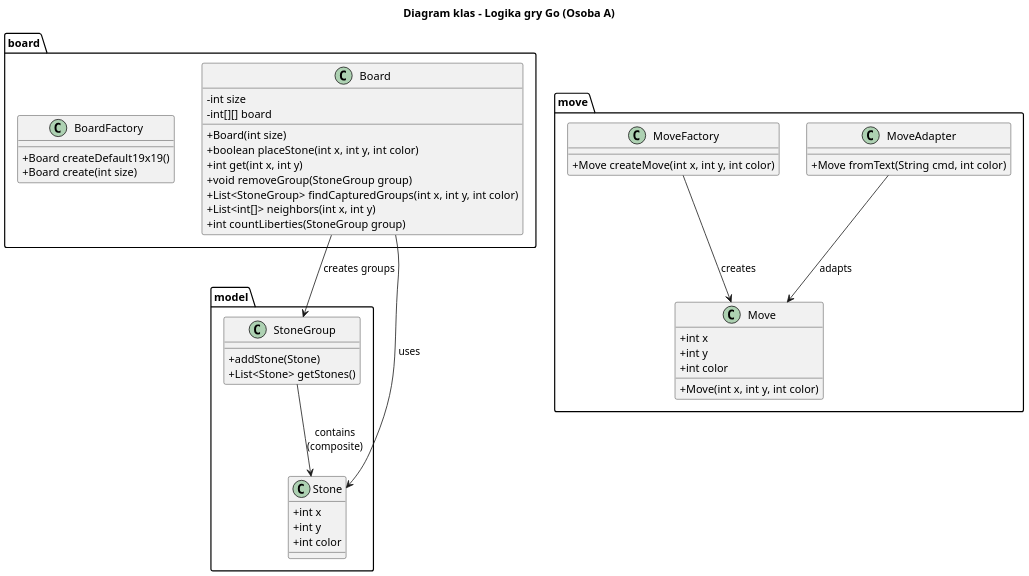
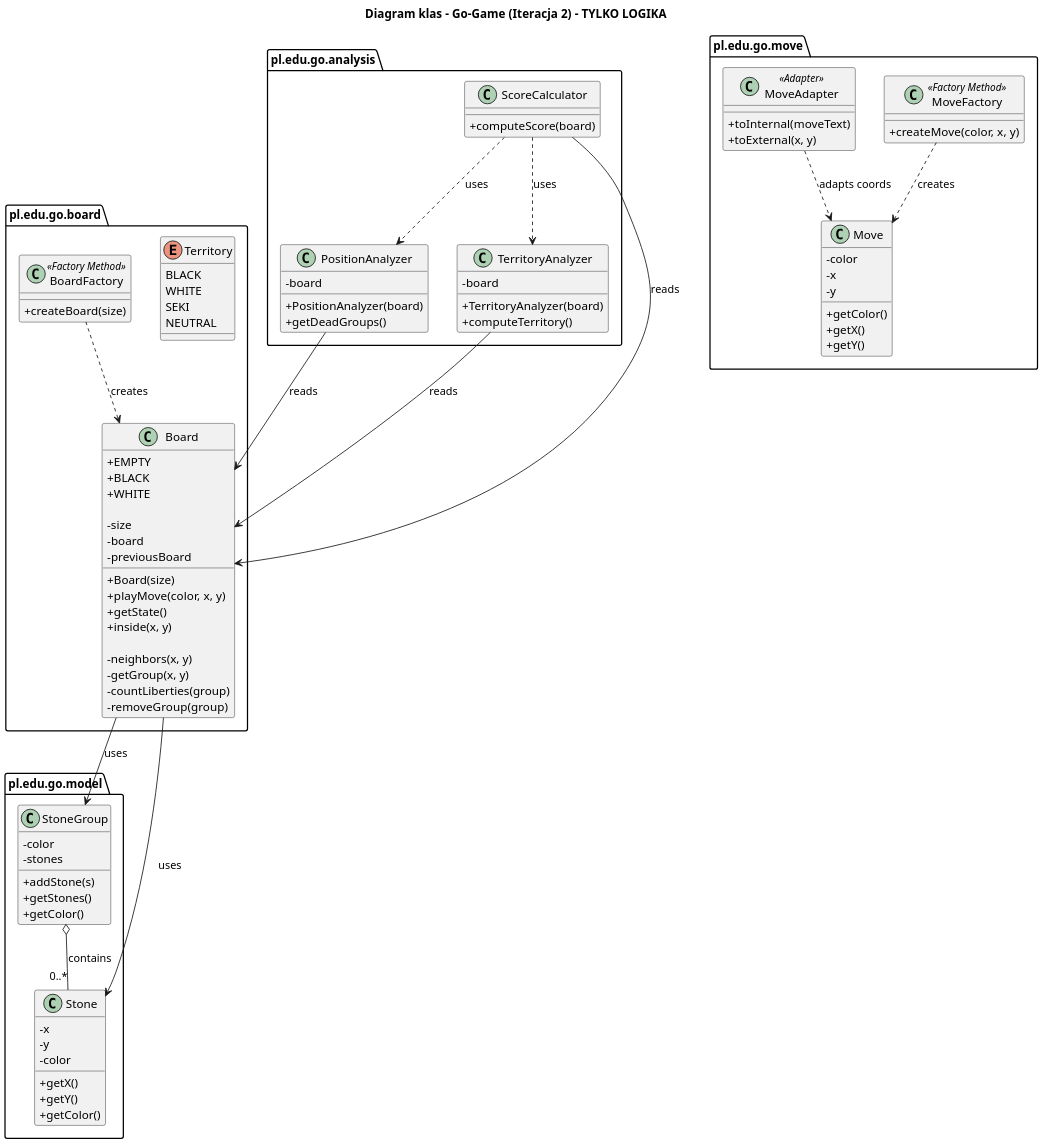
One commit to DanR-ghub/tp-go-game changed the diagram in src/main/java/pl/edu/go/boarduml.puml. Above: the diagram before and after it, drawn with PlantUML. The commit also changed 81 other files, not shown here.

```diff
--- a/src/main/java/pl/edu/go/boarduml.puml
+++ b/src/main/java/pl/edu/go/boarduml.puml
@@ -1,62 +1,114 @@
 @startuml
 skinparam classAttributeIconSize 0
-skinparam dpi 150
-title Diagram klas - Logika gry Go (Osoba A)
+skinparam dpi 160
+title Diagram klas - Go-Game (Iteracja 2) - TYLKO LOGIKA
 
-package board {
-    class Board {
-        - int size
-        - int[][] board
-        + Board(int size)
-        + boolean placeStone(int x, int y, int color)
-        + int get(int x, int y)
-        + void removeGroup(StoneGroup group)
-        + List<StoneGroup> findCapturedGroups(int x, int y, int color)
-        + List<int[]> neighbors(int x, int y)
-        + int countLiberties(StoneGroup group)
-    }
+package "pl.edu.go.board" as board {
 
-    class BoardFactory {
-        + Board createDefault19x19()
-        + Board create(int size)
-    }
+  enum Territory {
+    BLACK
+    WHITE
+    SEKI
+    NEUTRAL
+  }
+
+  class Board {
+    + EMPTY
+    + BLACK
+    + WHITE
+
+    - size
+    - board
+    - previousBoard
+
+    + Board(size)
+    + playMove(color, x, y)
+    + getState()
+    + inside(x, y)
+
+    - neighbors(x, y)
+    - getGroup(x, y)
+    - countLiberties(group)
+    - removeGroup(group)
+  }
+
+  class BoardFactory <<Factory Method>> {
+    + createBoard(size)
+  }
 }
 
-package model {
-    class Stone {
-        + int x
-        + int y
-        + int color
-    }
+package "pl.edu.go.model" as model {
 
-    class StoneGroup {
-        + addStone(Stone)
-        + List<Stone> getStones()
-    }
+  class Stone {
+    - x
+    - y
+    - color
+    + getX()
+    + getY()
+    + getColor()
+  }
+
+  class StoneGroup {
+    - color
+    - stones
+    + addStone(s)
+    + getStones()
+    + getColor()
+  }
 }
 
-package move {
-    class Move {
-        + int x
-        + int y
-        + int color
-        + Move(int x, int y, int color)
-    }
+package "pl.edu.go.move" as move {
 
-    class MoveAdapter {
-        + Move fromText(String cmd, int color)
-    }
+  class Move {
+    - color
+    - x
+    - y
+    + getColor()
+    + getX()
+    + getY()
+  }
 
-    class MoveFactory {
-        + Move createMove(int x, int y, int color)
-    }
+  class MoveFactory <<Factory Method>> {
+    + createMove(color, x, y)
+  }
+
+  class MoveAdapter <<Adapter>> {
+    + toInternal(moveText)
+    + toExternal(x, y)
+  }
 }
 
+package "pl.edu.go.analysis" as analysis {
 
-Board --> Stone : uses
-Board --> StoneGroup : creates groups
-StoneGroup --> Stone : contains\n(composite)
-MoveAdapter --> Move : adapts
-MoveFactory --> Move : creates
+  class PositionAnalyzer {
+    - board
+    + PositionAnalyzer(board)
+    + getDeadGroups()
+  }
+
+  class TerritoryAnalyzer {
+    - board
+    + TerritoryAnalyzer(board)
+    + computeTerritory()
+  }
+
+  class ScoreCalculator {
+    + computeScore(board)
+  }
+}
+
+board.Board --> model.Stone : uses
+board.Board --> model.StoneGroup : uses
+model.StoneGroup o-- "0..*" model.Stone : contains
+board.BoardFactory ..> board.Board : creates
+
+move.MoveFactory ..> move.Move : creates
+move.MoveAdapter ..> move.Move : adapts coords
+
+analysis.PositionAnalyzer --> board.Board : reads
+analysis.TerritoryAnalyzer --> board.Board : reads
+analysis.ScoreCalculator ..> analysis.PositionAnalyzer : uses
+analysis.ScoreCalculator ..> analysis.TerritoryAnalyzer : uses
+analysis.ScoreCalculator --> board.Board : reads
 
 @enduml
```
